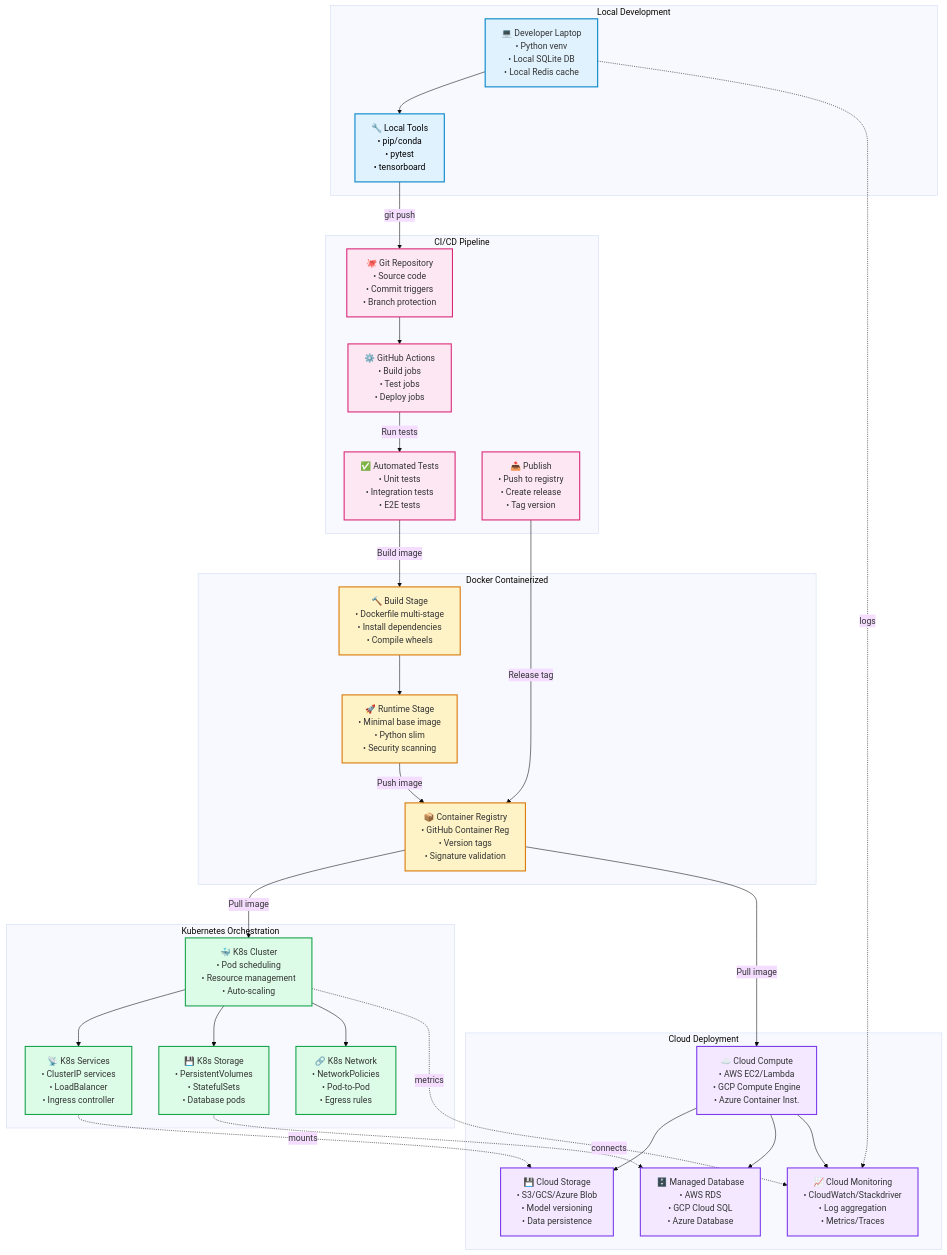
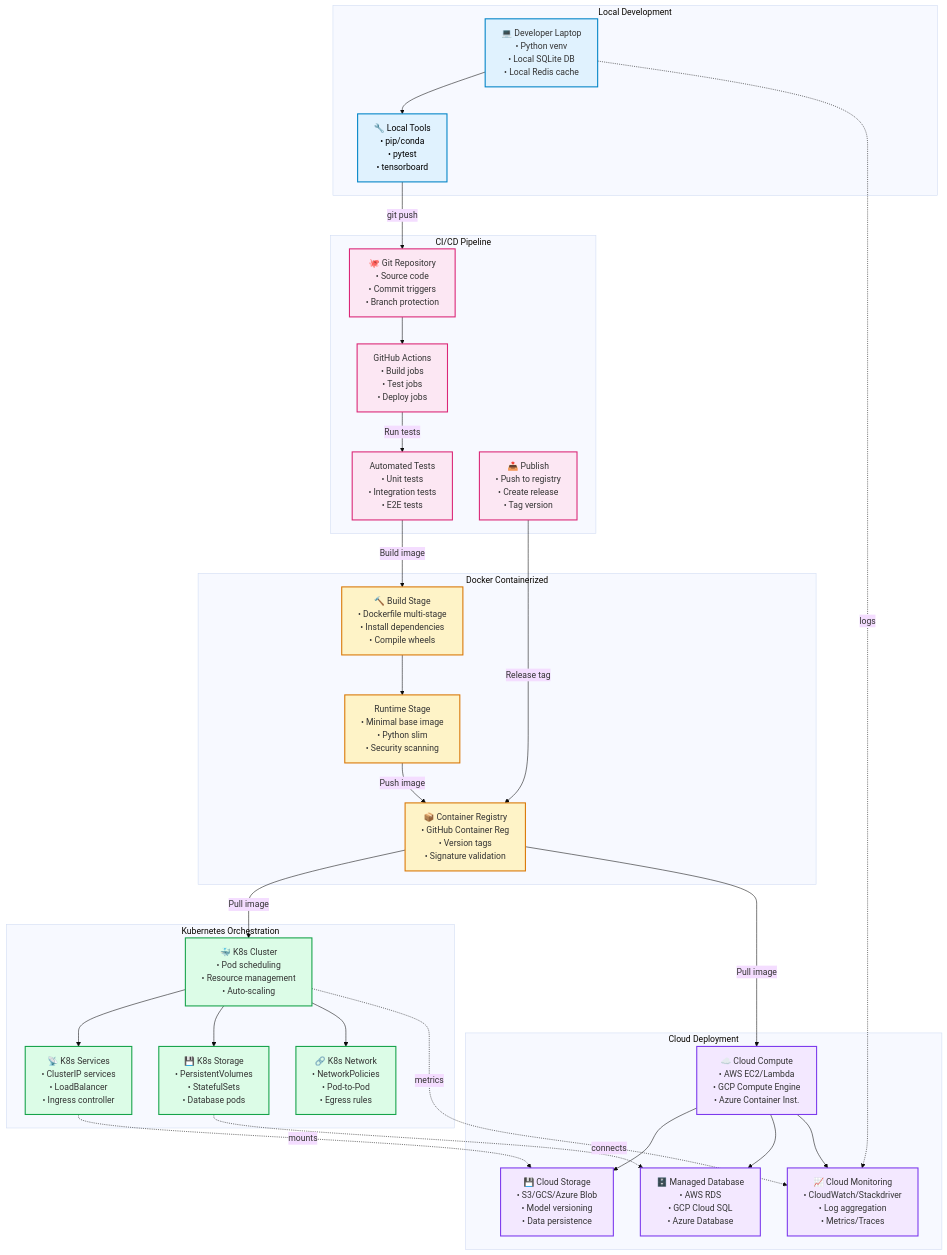
One commit to Aries-Serpent/_codex_ changed the diagram in docs/architecture/DEPLOYMENT_ARCHITECTURE.md. Above: the diagram before and after it, drawn with Mermaid. The commit also changed other lines of this file and 2029 other files, not shown here.

First line of the commit message:
Publish DEPLOYMENT_GUIDE on site and remove GitHub repo links from deployed docs (#5297)

```diff
--- a/docs/architecture/DEPLOYMENT_ARCHITECTURE.md
+++ b/docs/architecture/DEPLOYMENT_ARCHITECTURE.md
@@ -18,7 +20,7 @@
 
     subgraph "Docker Containerized"
         BuildStage["🔨 Build Stage<br/>• Dockerfile multi-stage<br/>• Install dependencies<br/>• Compile wheels"]
-        RuntimeStage["🚀 Runtime Stage<br/>• Minimal base image<br/>• Python slim<br/>• Security scanning"]
+        RuntimeStage[" Runtime Stage<br/>• Minimal base image<br/>• Python slim<br/>• Security scanning"]
         Registry["📦 Container Registry<br/>• GitHub Container Reg<br/>• Version tags<br/>• Signature validation"]
     end
 
@@ -38,8 +40,8 @@
 
     subgraph "CI/CD Pipeline"
         Git["🐙 Git Repository<br/>• Source code<br/>• Commit triggers<br/>• Branch protection"]
-        GHActions["⚙️ GitHub Actions<br/>• Build jobs<br/>• Test jobs<br/>• Deploy jobs"]
-        Tests["✅ Automated Tests<br/>• Unit tests<br/>• Integration tests<br/>• E2E tests"]
+        GHActions[" GitHub Actions<br/>• Build jobs<br/>• Test jobs<br/>• Deploy jobs"]
+        Tests[" Automated Tests<br/>• Unit tests<br/>• Integration tests<br/>• E2E tests"]
         Publish["📤 Publish<br/>• Push to registry<br/>• Create release<br/>• Tag version"]
     end
 
```
